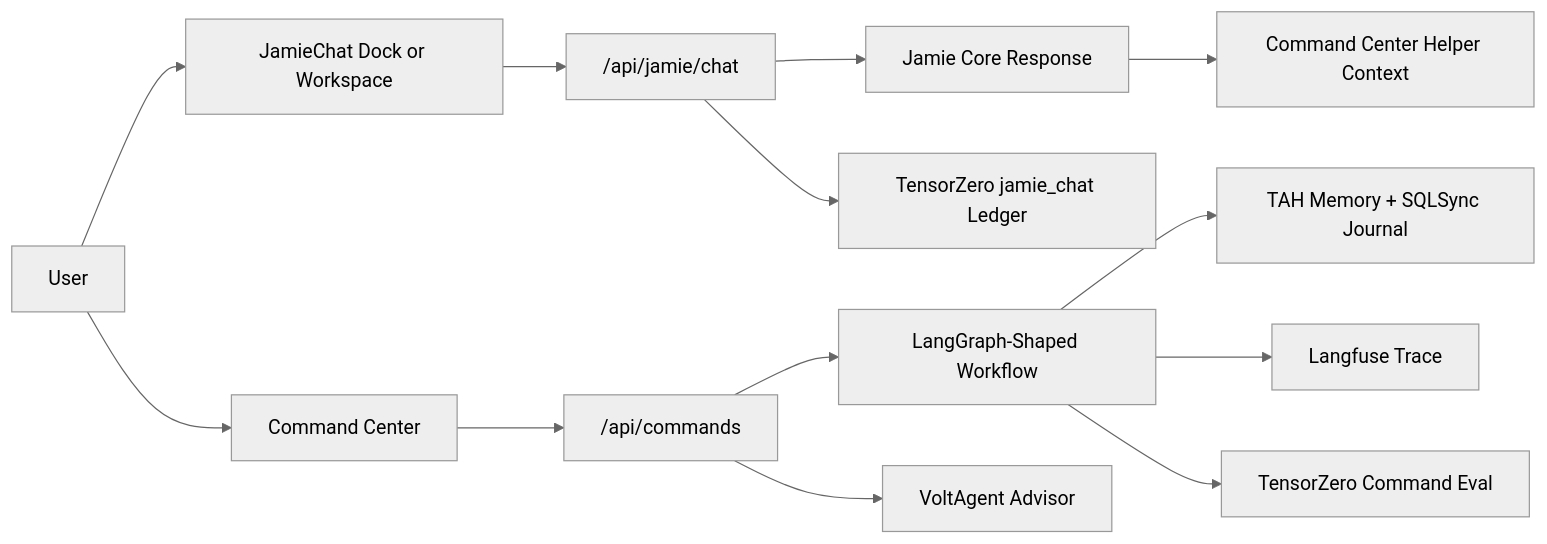
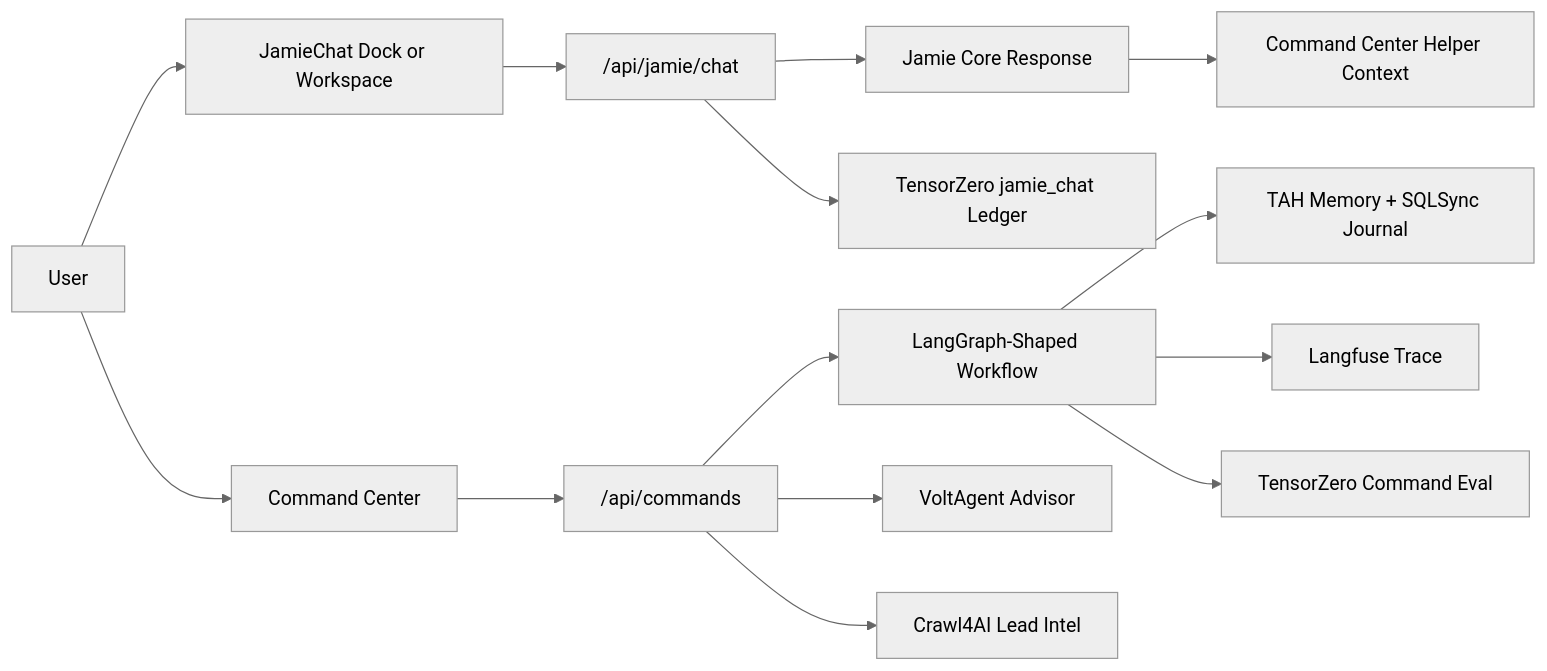
Before and after one commit to tahsrz/sunset-pulse: the diagram in apps/pulse/docs/AI_INTEGRATION_STACK.md, drawn with Mermaid (neutral theme). The commit also changed other lines of this file and 11 other files, not shown here.

Commit message:
Add Crawl4AI lead intelligence crawler

````diff
--- a/apps/pulse/docs/AI_INTEGRATION_STACK.md
+++ b/apps/pulse/docs/AI_INTEGRATION_STACK.md
@@ -30,16 +32,17 @@
 ```mermaid
 flowchart LR
   User["User"] --> Jamie["JamieChat Dock or Workspace"]
   Jamie --> ChatAPI["/api/jamie/chat"]
   ChatAPI --> JamieCore["Jamie Core Response"]
   JamieCore --> Bridge["Command Center Helper Context"]
   ChatAPI --> TZeroJamie["TensorZero jamie_chat Ledger"]
 
   User --> CommandUI["Command Center"]
   CommandUI --> CommandAPI["/api/commands"]
   CommandAPI --> Graph["LangGraph-Shaped Workflow"]
   Graph --> Memory["TAH Memory + SQLSync Journal"]
   Graph --> Langfuse["Langfuse Trace"]
   Graph --> TZeroCommand["TensorZero Command Eval"]
   CommandAPI --> Volt["VoltAgent Advisor"]
+  CommandAPI --> Crawl4AI["Crawl4AI Lead Intel"]
 ```
````
